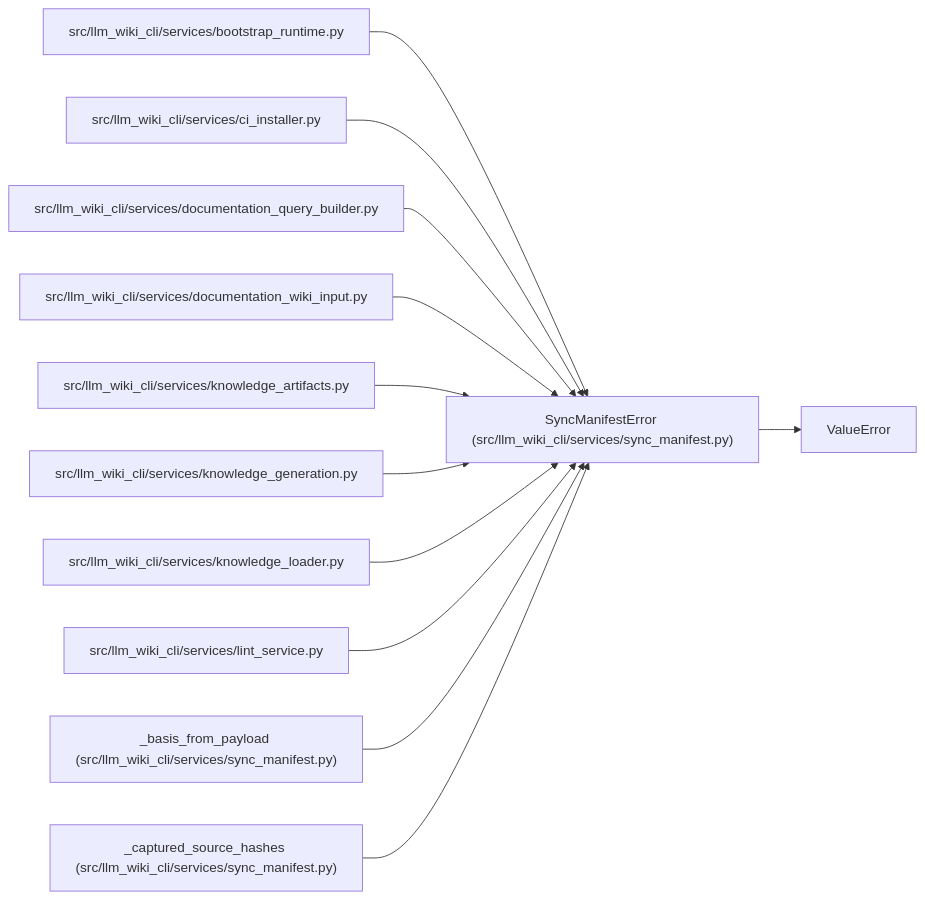
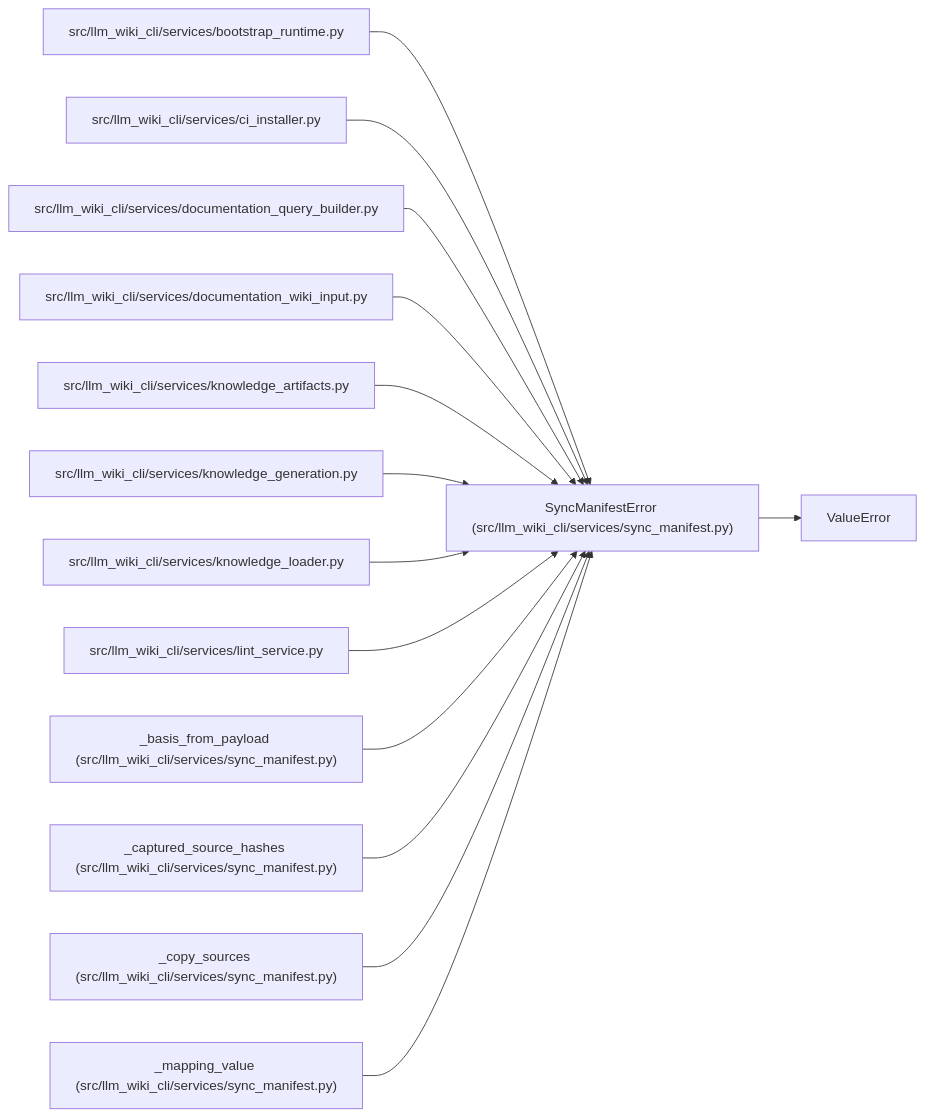
The diagram in docs/llm_wiki/entities/SyncManifestError.md (Denissvgn/python-wiki-llm), drawn with Mermaid before and after one commit. The commit also changed other lines of this file and 493 other files, not shown here.

````diff
--- a/docs/llm_wiki/entities/SyncManifestError.md
+++ b/docs/llm_wiki/entities/SyncManifestError.md
@@ -25,37 +25,43 @@
 ```mermaid
 flowchart LR
     n0["SyncManifestError (src/llm_wiki_cli/services/sync_manifest.py)"]
     n1["ValueError"]
     n2["src/llm_wiki_cli/services/bootstrap_runtime.py"]
     n3["src/llm_wiki_cli/services/ci_installer.py"]
     n4["src/llm_wiki_cli/services/documentation_query_builder.py"]
     n5["src/llm_wiki_cli/services/documentation_wiki_input.py"]
     n6["src/llm_wiki_cli/services/knowledge_artifacts.py"]
     n7["src/llm_wiki_cli/services/knowledge_generation.py"]
     n8["src/llm_wiki_cli/services/knowledge_loader.py"]
     n9["src/llm_wiki_cli/services/lint_service.py"]
     n10["_basis_from_payload (src/llm_wiki_cli/services/sync_manifest.py)"]
     n11["_captured_source_hashes (src/llm_wiki_cli/services/sync_manifest.py)"]
+    n12["_copy_sources (src/llm_wiki_cli/services/sync_manifest.py)"]
+    n13["_mapping_value (src/llm_wiki_cli/services/sync_manifest.py)"]
     n0 --> n1
     n2 --> n0
     n3 --> n0
     n4 --> n0
     n5 --> n0
     n6 --> n0
     n7 --> n0
     n8 --> n0
     n9 --> n0
     n10 --> n0
     n11 --> n0
+    n12 --> n0
+    n13 --> n0
     click n0 "../modules/sync_manifest.md"
     click n2 "../modules/bootstrap_runtime.md"
     click n3 "../modules/ci_installer.md"
     click n4 "../modules/documentation_query_builder.md"
     click n5 "../modules/documentation_wiki_input.md"
     click n6 "../modules/knowledge_artifacts.md"
     click n7 "../modules/knowledge_generation.md"
     click n8 "../modules/knowledge_loader.md"
     click n9 "../modules/lint_service.md"
     click n10 "../modules/sync_manifest.md"
     click n11 "../modules/sync_manifest.md"
+    click n12 "../modules/sync_manifest.md"
+    click n13 "../modules/sync_manifest.md"
 ```
````
